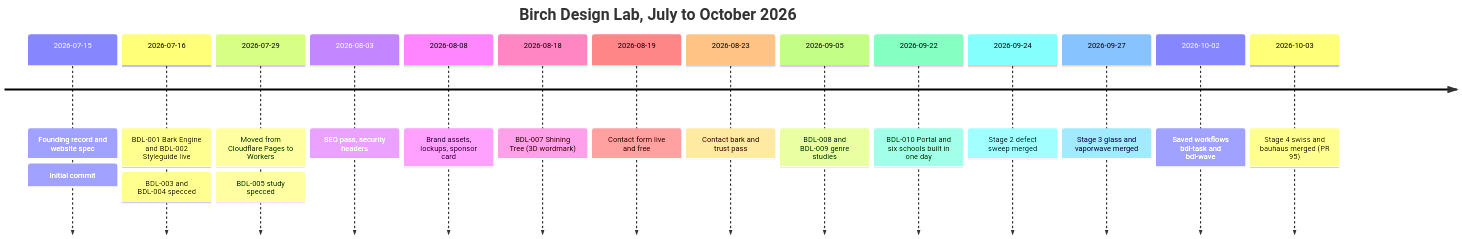
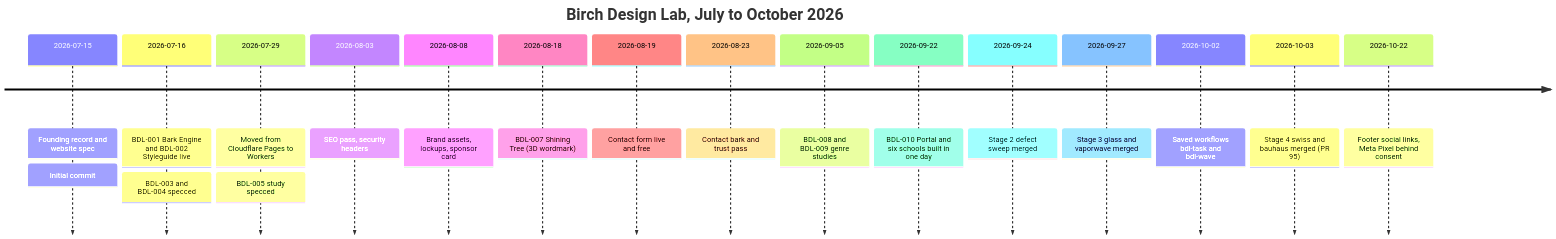
Before and after one commit to BirchDesignLab/birchdesignlab: the seventh of 7 diagrams in README.md, drawn with Mermaid. The commit also changed other lines of this file and 2 other files, not shown here.

````diff
--- a/README.md
+++ b/README.md
@@ -312,21 +308,22 @@
 ```mermaid
 timeline
     title Birch Design Lab, July to October 2026
     2026-07-15 : Founding record and website spec
                : Initial commit
     2026-07-16 : BDL-001 Bark Engine and BDL-002 Styleguide live
                : BDL-003 and BDL-004 specced
     2026-07-29 : Moved from Cloudflare Pages to Workers
                : BDL-005 study specced
     2026-08-03 : SEO pass, security headers
     2026-08-08 : Brand assets, lockups, sponsor card
     2026-08-18 : BDL-007 Shining Tree (3D wordmark)
     2026-08-19 : Contact form live and free
     2026-08-23 : Contact bark and trust pass
     2026-09-05 : BDL-008 and BDL-009 genre studies
     2026-09-22 : BDL-010 Portal and six schools built in one day
     2026-09-24 : Stage 2 defect sweep merged
     2026-09-27 : Stage 3 glass and vaporwave merged
     2026-10-02 : Saved workflows bdl-task and bdl-wave
     2026-10-03 : Stage 4 swiss and bauhaus merged (PR 95)
+    2026-10-22 : Footer social links, Meta Pixel behind consent
 ```
````
